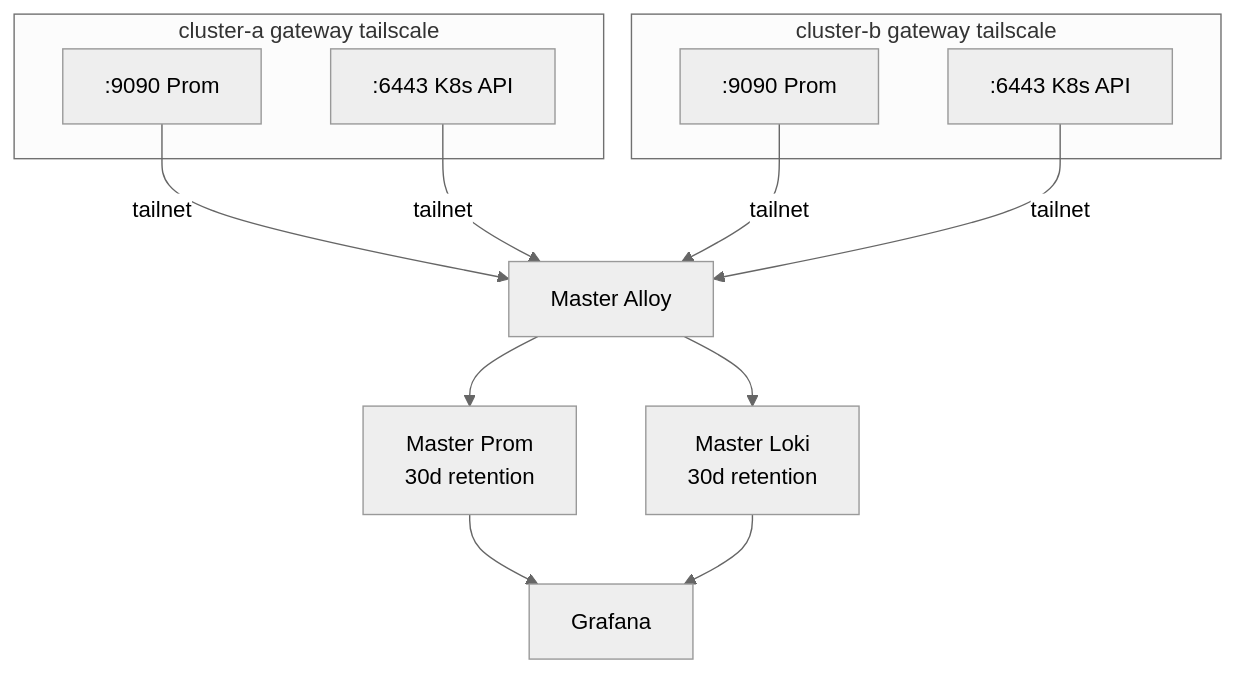
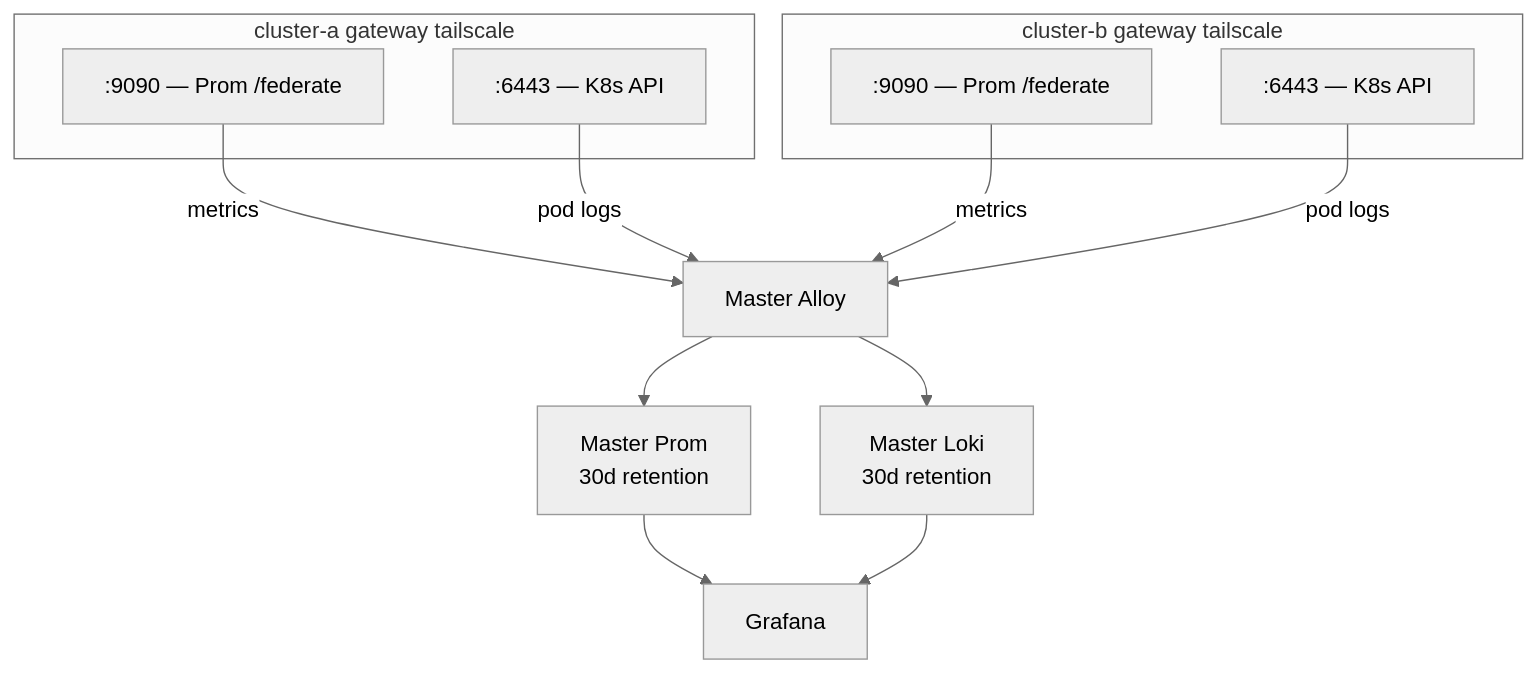
The sixth of 6 diagrams in docs/infrastructure.md (Kord96/kordinate), drawn with Mermaid (neutral theme) before and after one commit. The commit also changed other lines of this file, not shown here.

Commit message:
docs: fix data flow — master tails logs via K8s API, not Loki [scribe]
Master Alloy never reads from Gateway Loki. Metrics go through
/federate (:9090), logs are tailed directly from K8s API (:6443)
using kubeconfig files. Gateway Loki :3100 is for direct cluster
debugging only. Updated top-level diagram, master federation
collapsible, and Loki limitation warning.

````diff
--- a/docs/infrastructure.md
+++ b/docs/infrastructure.md
@@ -134,21 +136,23 @@
     ```mermaid
     flowchart TB
         subgraph GW1[cluster-a gateway tailscale]
-            GP1[:9090 Prom]
-            GK1[:6443 K8s API]
+            GP1[:9090 — Prom /federate]
+            GK1[:6443 — K8s API]
         end
 
         subgraph GW2[cluster-b gateway tailscale]
-            GP2[:9090 Prom]
-            GK2[:6443 K8s API]
+            GP2[:9090 — Prom /federate]
+            GK2[:6443 — K8s API]
         end
 
-        GP1 & GK1 -->|tailnet| MA
-        GP2 & GK2 -->|tailnet| MA
+        GP1 -->|metrics| MA
+        GP2 -->|metrics| MA
+        GK1 -->|pod logs| MA
+        GK2 -->|pod logs| MA
 
         MA[Master Alloy] --> MP[Master Prom<br/>30d retention]
         MA --> ML[Master Loki<br/>30d retention]
 
         MP --> G[Grafana]
         ML --> G
     ```
````
